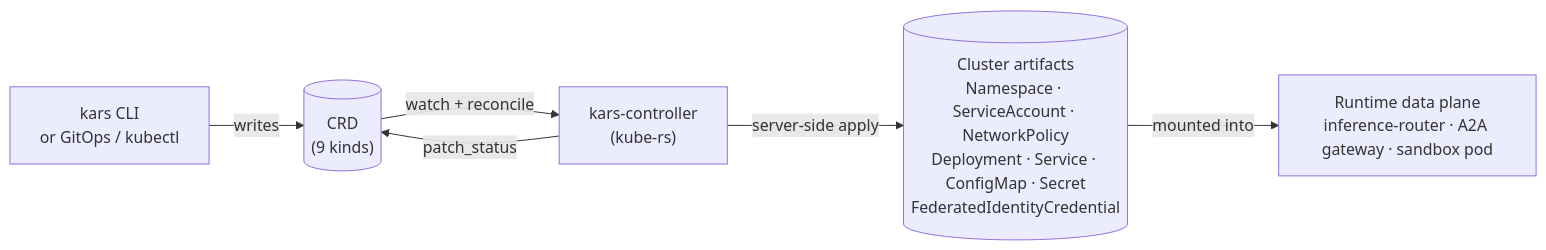
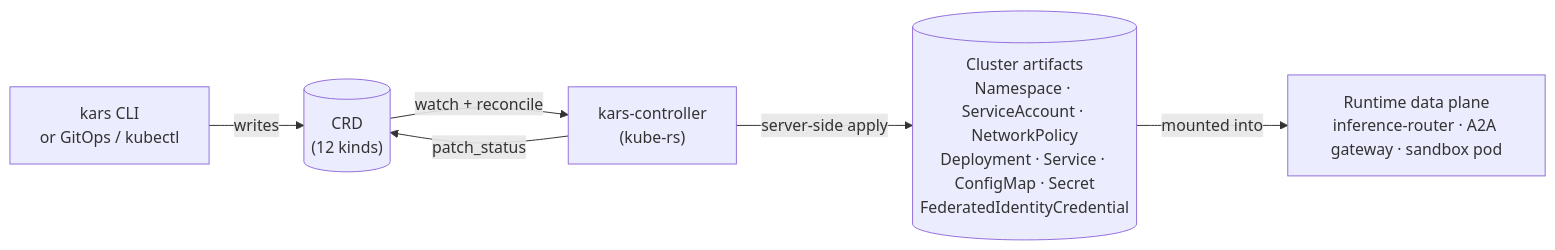
One commit to lachie83/kars changed the first of 7 diagrams in docs/api/lifecycle.md. Above: the diagram before and after it, drawn with Mermaid. The commit also changed other lines of this file and 175 other files, not shown here.

````diff
--- a/docs/api/lifecycle.md
+++ b/docs/api/lifecycle.md
@@ -26,14 +26,14 @@
 ```mermaid
 flowchart LR
   CLI["kars CLI<br/>or GitOps / kubectl"]
-  CRD[("CRD<br/>(9 kinds)")]
+  CRD[("CRD<br/>(12 kinds)")]
   Ctrl["kars-controller<br/>(kube-rs)"]
   Art[("Cluster artifacts<br/>Namespace · ServiceAccount · NetworkPolicy<br/>Deployment · Service · ConfigMap · Secret<br/>FederatedIdentityCredential")]
   Runtime["Runtime data plane<br/>inference-router · A2A gateway · sandbox pod"]
 
   CLI -->|writes| CRD
   CRD -->|watch + reconcile| Ctrl
   Ctrl -->|server-side apply| Art
   Art -->|mounted into| Runtime
   Ctrl -->|patch_status| CRD
 ```
````
